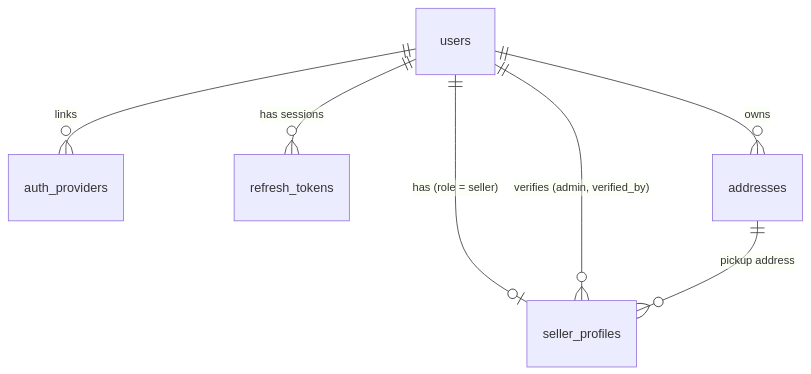
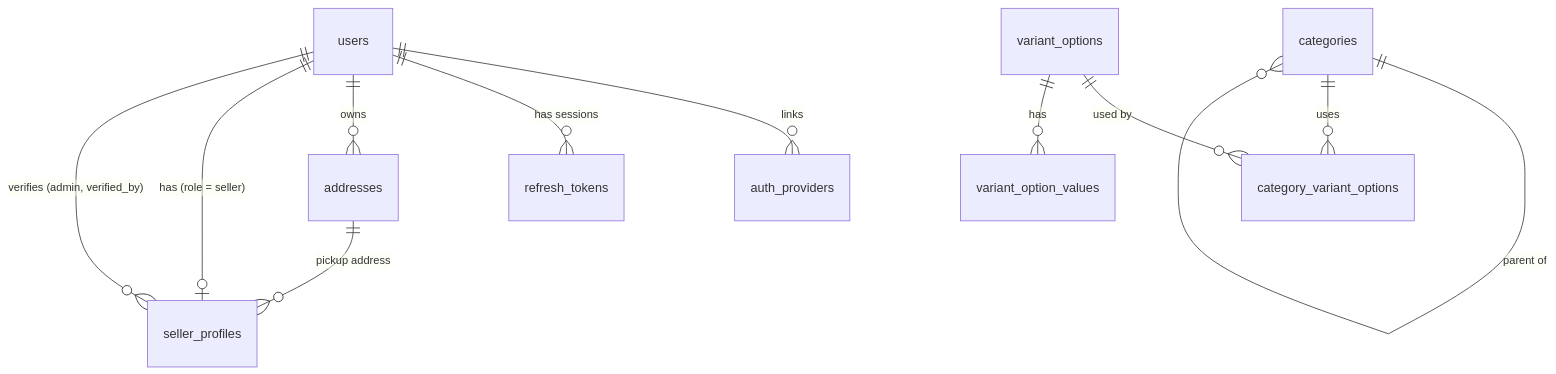
The diagram in docs/DATABASE.md (Bhupesh2sharma/AiEnabled-Ecommerce-Backend), drawn with Mermaid before and after one commit. The commit also changed other lines of this file and 3 other files, not shown here.

Commit message:
Add catalog tables for categories, brands and variant options

````diff
--- a/docs/DATABASE.md
+++ b/docs/DATABASE.md
@@ -22,9 +23,13 @@
 ```mermaid
 erDiagram
     users ||--o{ auth_providers : "links"
     users ||--o{ refresh_tokens : "has sessions"
     users ||--o{ addresses : "owns"
     users ||--o| seller_profiles : "has (role = seller)"
     users ||--o{ seller_profiles : "verifies (admin, verified_by)"
     addresses ||--o{ seller_profiles : "pickup address"
+    categories ||--o{ categories : "parent of"
+    categories ||--o{ category_variant_options : "uses"
+    variant_options ||--o{ category_variant_options : "used by"
+    variant_options ||--o{ variant_option_values : "has"
 ```
````
